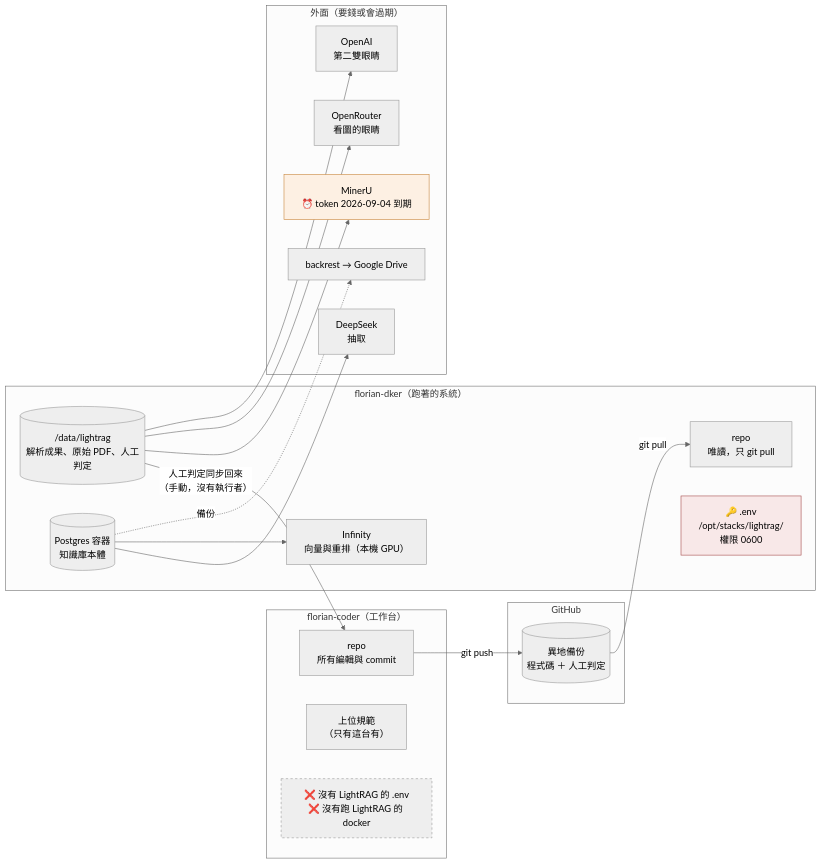
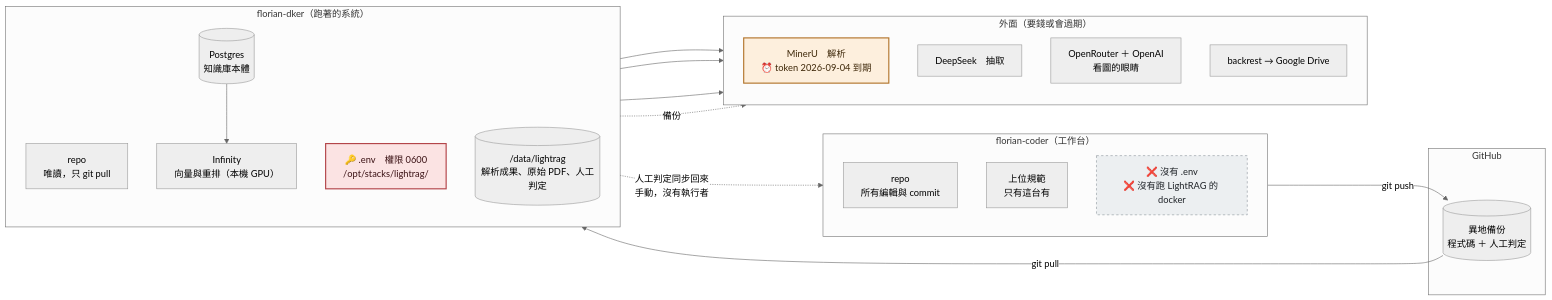
One commit to neknufelet/lightrag changed the first of 2 diagrams in cairn/data-locations.md. Above: the diagram before and after it, drawn with Mermaid (neutral theme). The commit also changed other lines of this file and 1 other file, not shown here.

Commit message:
fix(cairn): 圖上有底色的框在深色模式看不見 —— 補上文字顏色
PO 截圖回報：MinerU 那格與 .env 那格整片空白。

原因：我只設了 `fill`（淺色底），沒設 `color`。**mermaid 的文字顏色是跟著主題走的**
—— 深色模式把字染成白的，白字配米色底就看不見了。淺色模式下反而正常，
所以在我這邊看不出問題。

修法：改用 `classDef`，每一組都明寫 `color:` 的深色墨水。
底色是我固定的，文字顏色也固定，**兩種主題都讀得到**。

  danger  #fbe3e3 底 / #3a1114 字   不可再生又只有一份
  warn    #fdefdd 底 / #3d2708 字   要花錢
  ok      #e4efe4 底 / #12240f 字   已經兩邊都有
  free    #eceff1 底 / #1f2328 字   免費重生

順帶兩件：

一、`data-locations.md` 第一張圖的箭頭亂成一團（截圖看得出來）。
   四個外部服務改成合併成三個節點、subgraph 加 `direction TB`、
   把「同步回來」那條反向箭頭改成虛線，交叉大幅減少。

二、`pipeline.md` 的大圖原本一格底色都沒有，補上同一組顏色並加圖例：
   🔵 人要出場　🟠 這一步要花錢　🔴 **這一步會把文字刪掉**
   —— 消音那格標紅，因為那是整條管線裡唯一會讓內容消失的一步。

⚠ 我自己看不到渲染結果，只能靠 PO 回報。

Claude-Session: https://claude.ai/code/session_01WVtFKvubzh751pEi3qRVVx

````diff
--- a/cairn/data-locations.md
+++ b/cairn/data-locations.md
@@ -25,43 +25,47 @@
 ```mermaid
 flowchart LR
     subgraph CODER["florian-coder（工作台）"]
+        direction TB
         REPO["repo<br/>所有編輯與 commit"]
-        STD["上位規範<br/>（只有這台有）"]
-        NOENV["❌ 沒有 LightRAG 的 .env<br/>❌ 沒有跑 LightRAG 的 docker"]
+        STD["上位規範<br/>只有這台有"]
+        NOENV["❌ 沒有 .env<br/>❌ 沒有跑 LightRAG 的 docker"]
     end
 
     subgraph GH["GitHub"]
         GIT[("異地備份<br/>程式碼 ＋ 人工判定")]
     end
 
     subgraph DKER["florian-dker（跑著的系統）"]
+        direction TB
         REPO2["repo<br/>唯讀，只 git pull"]
-        ENV["🔑 .env<br/>/opt/stacks/lightrag/<br/>權限 0600"]
+        ENV["🔑 .env　權限 0600<br/>/opt/stacks/lightrag/"]
         DATA[("/data/lightrag<br/>解析成果、原始 PDF、人工判定")]
-        PG[("Postgres 容器<br/>知識庫本體")]
+        PG[("Postgres<br/>知識庫本體")]
         GPU["Infinity<br/>向量與重排（本機 GPU）"]
     end
 
     subgraph OUT["外面（要錢或會過期）"]
-        MU["MinerU<br/>⏰ token 2026-09-04 到期"]
-        DS["DeepSeek<br/>抽取"]
-        OR["OpenRouter<br/>看圖的眼睛"]
-        OA["OpenAI<br/>第二雙眼睛"]
+        direction TB
+        MU["MinerU　解析<br/>⏰ token 2026-09-04 到期"]
+        DS["DeepSeek　抽取"]
+        EYES["OpenRouter ＋ OpenAI<br/>看圖的眼睛"]
         BR["backrest → Google Drive"]
     end
 
     REPO -->|"git push"| GIT
     GIT -->|"git pull"| REPO2
-    DATA -->|"人工判定同步回來<br/>（手動，沒有執行者）"| REPO
+    DATA -.->|"人工判定同步回來<br/>手動，沒有執行者"| REPO
 
     DATA --> MU
+    DATA --> EYES
     PG --> DS
-    DATA --> OR
-    DATA --> OA
     PG --> GPU
     PG -.->|"備份"| BR
 
-    style NOENV stroke-dasharray: 4 4
-    style ENV fill:#f8e8e8,stroke:#a44a4a
-    style MU fill:#fdf0e3,stroke:#c8853a
+    classDef danger fill:#fbe3e3,stroke:#b3454a,stroke-width:2px,color:#3a1114
+    classDef warn fill:#fdefdd,stroke:#b3762e,stroke-width:2px,color:#3d2708
+    classDef absent fill:#eceff1,stroke:#8a9299,stroke-dasharray:4 4,color:#1f2328
+    class ENV danger
+    class MU warn
+    class NOENV absent
 ```
````
